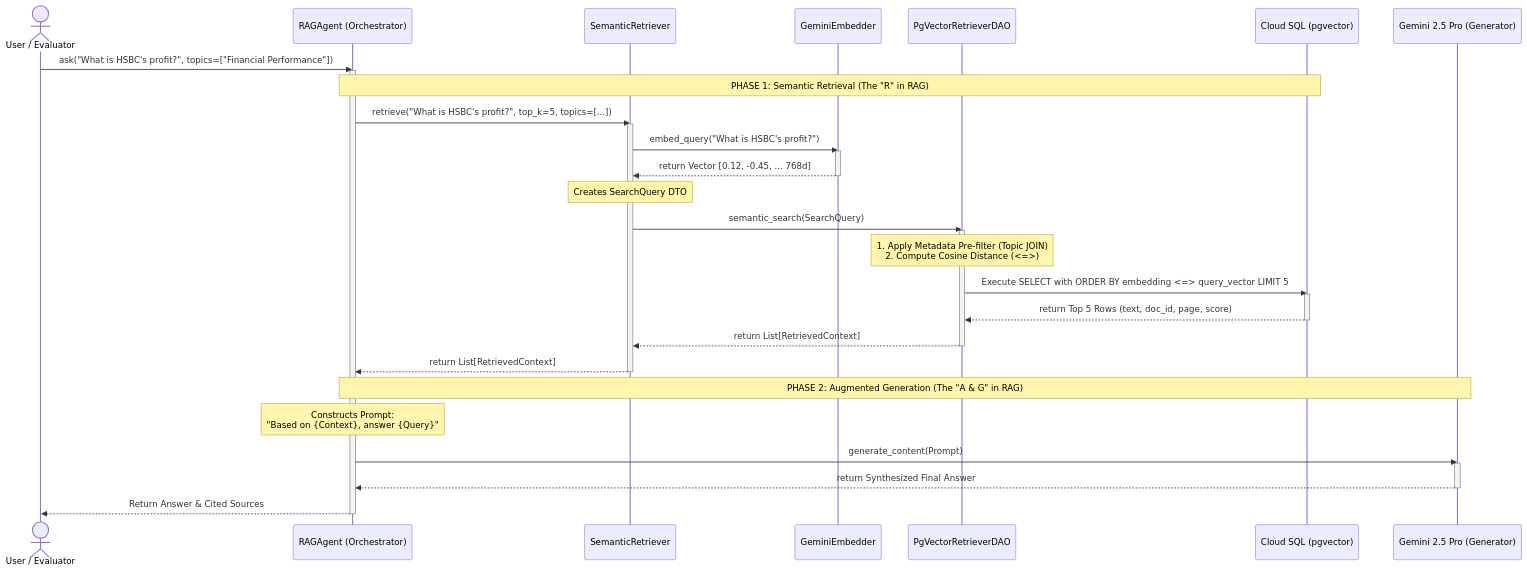
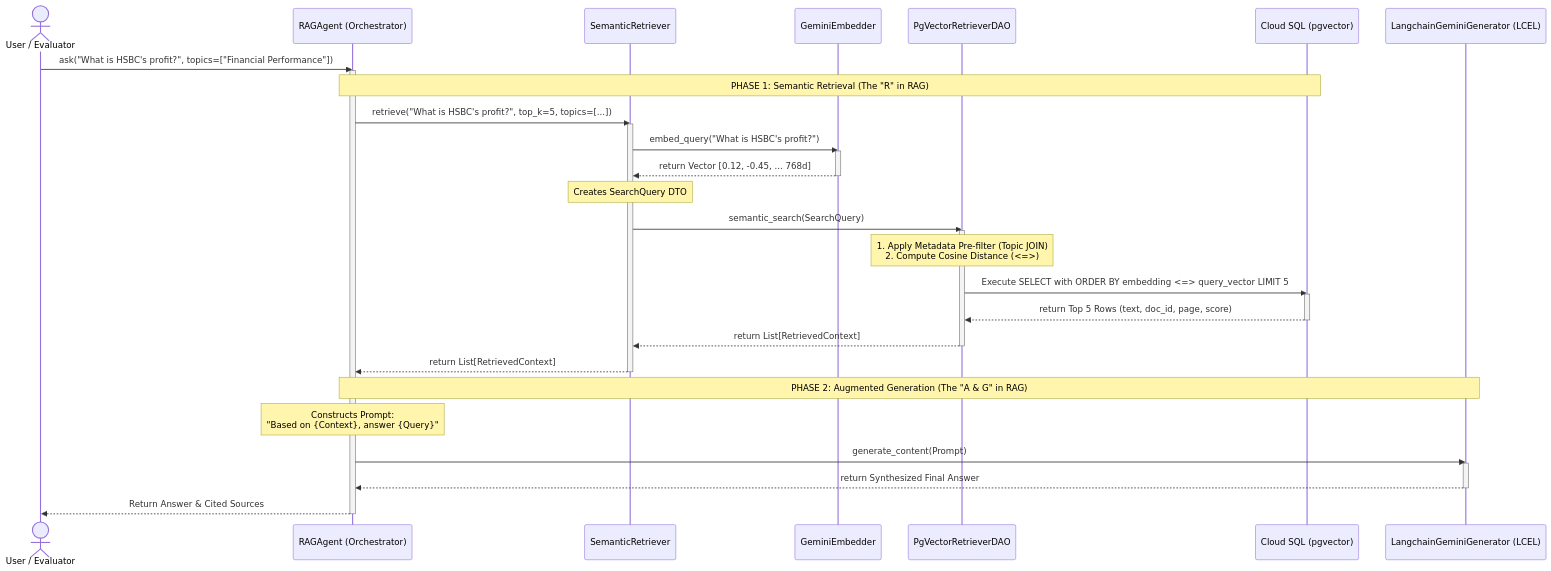
Before and after one commit to nvd11/automated-rag-evaluator: the second of 2 diagrams in docs/phase2_retriever_architecture.md, drawn with Mermaid. The commit also changed other lines of this file, not shown here.

Commit message:
docs(architecture): specify the use of LangChain and LCEL for LLM generation to meet interview requirements

````diff
--- a/docs/phase2_retriever_architecture.md
+++ b/docs/phase2_retriever_architecture.md
@@ -102,51 +103,51 @@
 ```mermaid
 sequenceDiagram
     actor Client as User / Evaluator
     participant RAG as RAGAgent (Orchestrator)
     participant Retriever as SemanticRetriever
     participant Embedder as GeminiEmbedder
     participant DAO as PgVectorRetrieverDAO
     participant DB as Cloud SQL (pgvector)
-    participant LLM as Gemini 2.5 Pro (Generator)
+    participant LLM as LangchainGeminiGenerator (LCEL)
 
     Client->>RAG: ask("What is HSBC's profit?", topics=["Financial Performance"])
     activate RAG
 
     %% PHASE 1: Retrieval
     Note over RAG, DB: PHASE 1: Semantic Retrieval (The "R" in RAG)
     RAG->>Retriever: retrieve("What is HSBC's profit?", top_k=5, topics=[...])
     activate Retriever
     
     Retriever->>Embedder: embed_query("What is HSBC's profit?")
     activate Embedder
     Embedder-->>Retriever: return Vector [0.12, -0.45, ... 768d]
     deactivate Embedder
     
     Note over Retriever: Creates SearchQuery DTO
     Retriever->>DAO: semantic_search(SearchQuery)
     activate DAO
     
     Note over DAO: 1. Apply Metadata Pre-filter (Topic JOIN)<br/>2. Compute Cosine Distance (<=>)
     DAO->>DB: Execute SELECT with ORDER BY embedding <=> query_vector LIMIT 5
     activate DB
     DB-->>DAO: return Top 5 Rows (text, doc_id, page, score)
     deactivate DB
     
     DAO-->>Retriever: return List[RetrievedContext]
     deactivate DAO
     
     Retriever-->>RAG: return List[RetrievedContext]
     deactivate Retriever
 
     %% PHASE 2: Generation
     Note over RAG, LLM: PHASE 2: Augmented Generation (The "A & G" in RAG)
     Note over RAG: Constructs Prompt:<br/>"Based on {Context}, answer {Query}"
     
     RAG->>LLM: generate_content(Prompt)
     activate LLM
     LLM-->>RAG: return Synthesized Final Answer
     deactivate LLM
     
     RAG-->>Client: Return Answer & Cited Sources
     deactivate RAG
 ```
````
